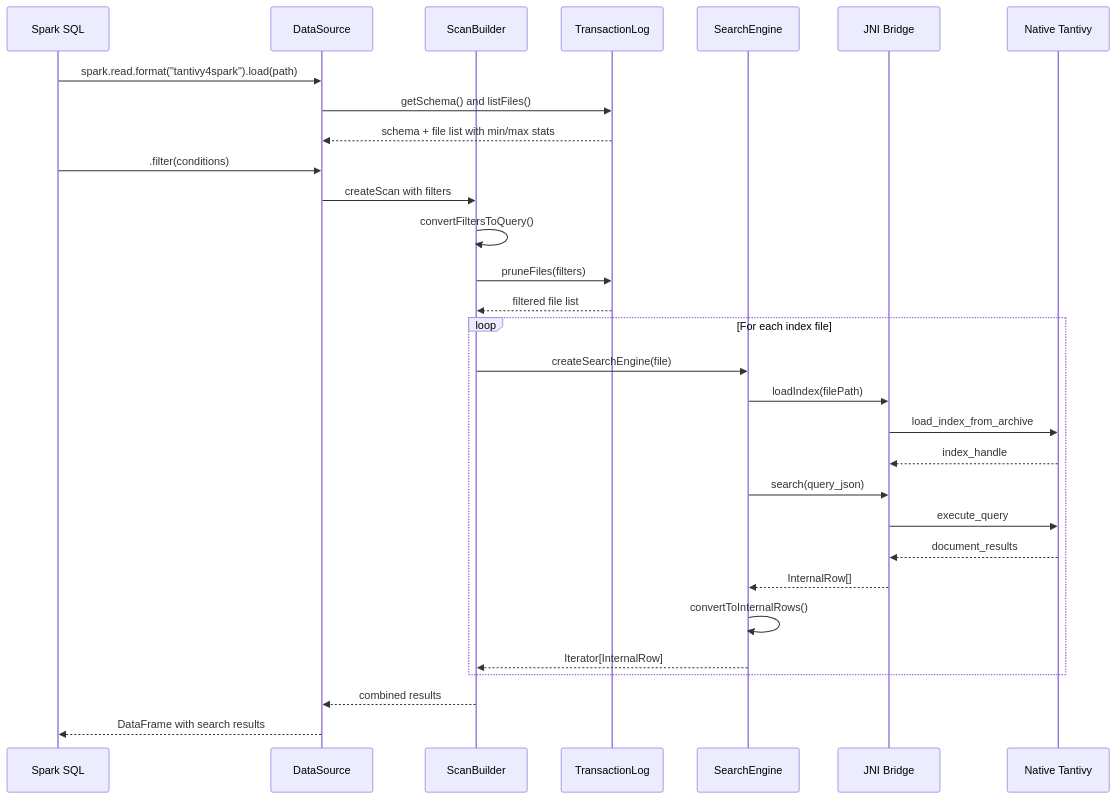
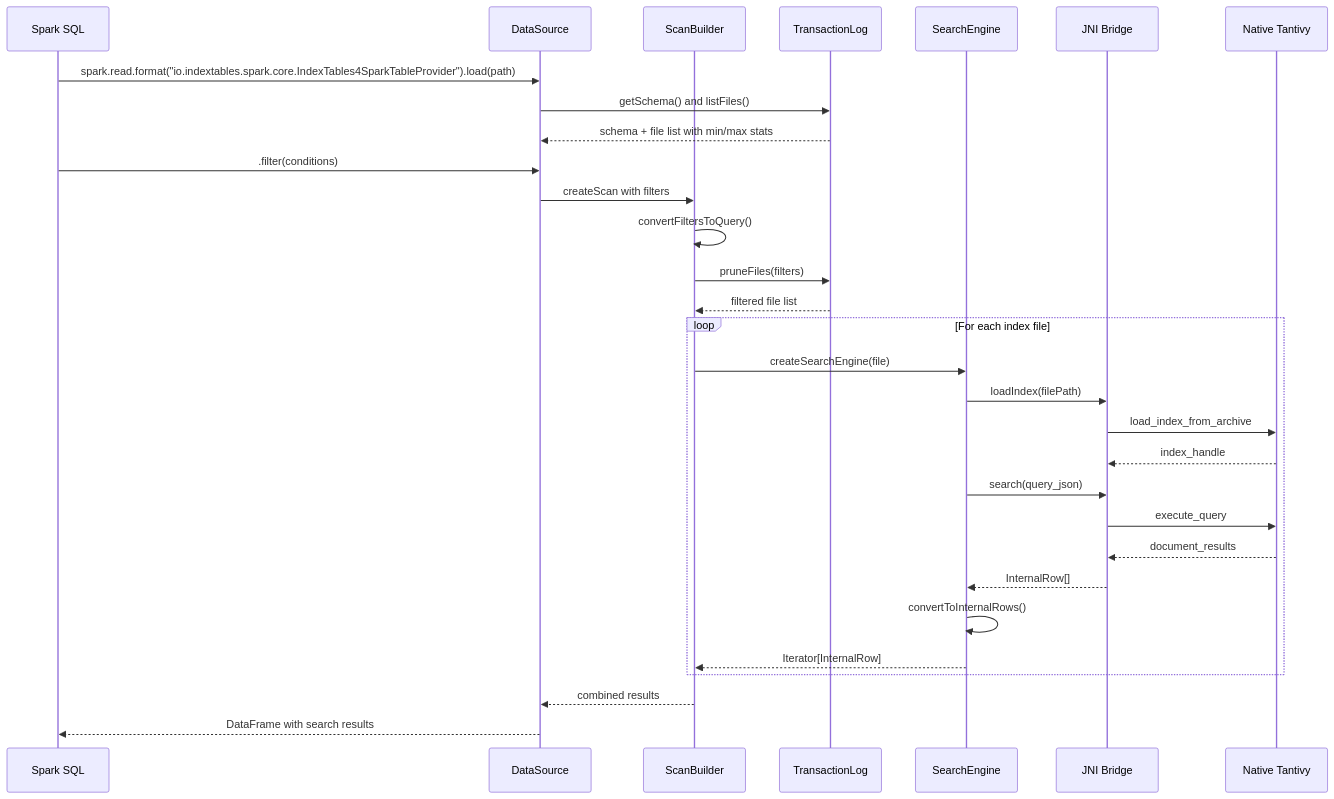
Before and after one commit to indextables/indextables_spark: the sixth of 7 diagrams in docs/ARCHITECTURE.md, drawn with Mermaid. The commit also changed 104 other files, not shown here.

````diff
--- a/docs/ARCHITECTURE.md
+++ b/docs/ARCHITECTURE.md
@@ -392,38 +392,38 @@
 ```mermaid
 sequenceDiagram
     participant Client as Spark SQL
     participant DS as DataSource
     participant SB as ScanBuilder
     participant TL as TransactionLog
     participant SE as SearchEngine
     participant JNI as JNI Bridge
     participant Tantivy as Native Tantivy
 
-    Client->>DS: spark.read.format("tantivy4spark").load(path)
+    Client->>DS: spark.read.format("io.indextables.spark.core.IndexTables4SparkTableProvider").load(path)
     DS->>TL: getSchema() and listFiles()
     TL-->>DS: schema + file list with min/max stats
 
     Client->>DS: .filter(conditions)
     DS->>SB: createScan with filters
     SB->>SB: convertFiltersToQuery()
     SB->>TL: pruneFiles(filters)
     TL-->>SB: filtered file list
 
     loop For each index file
         SB->>SE: createSearchEngine(file)
         SE->>JNI: loadIndex(filePath)
         JNI->>Tantivy: load_index_from_archive
         Tantivy-->>JNI: index_handle
         
         SE->>JNI: search(query_json)
         JNI->>Tantivy: execute_query
         Tantivy-->>JNI: document_results
         JNI-->>SE: InternalRow[]
         
         SE->>SE: convertToInternalRows()
         SE-->>SB: Iterator[InternalRow]
     end
 
     SB-->>DS: combined results
     DS-->>Client: DataFrame with search results
 ```
````
